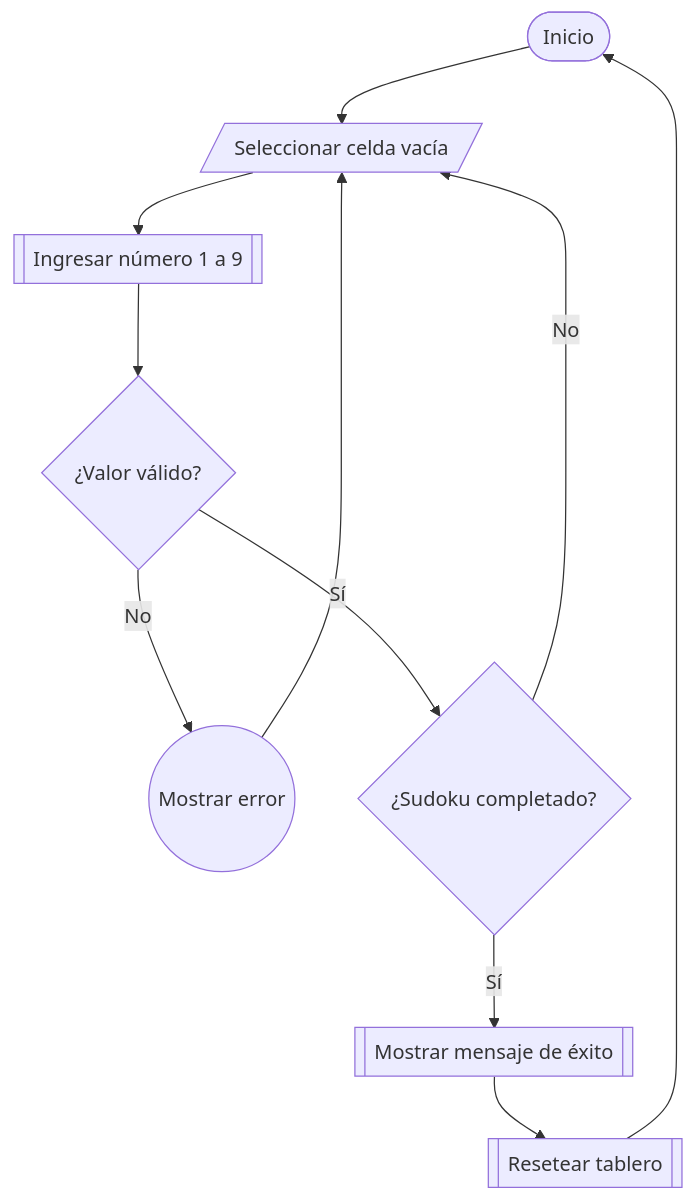
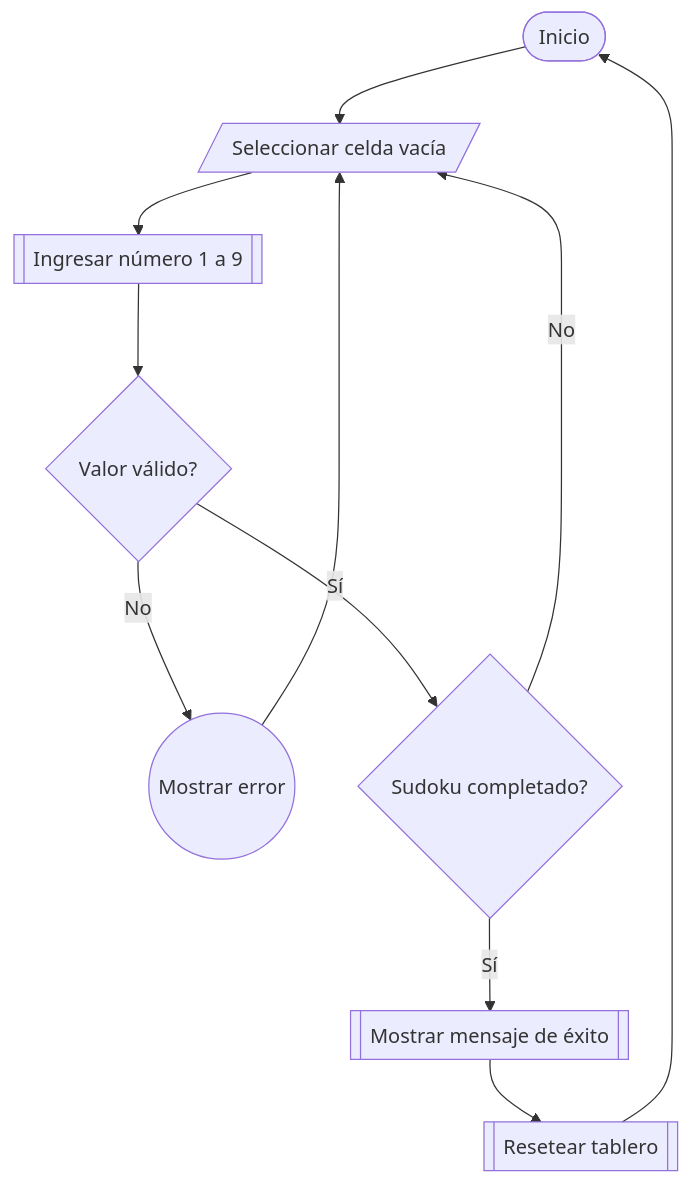
Before and after one commit to CodeMSV/Sudoku: the fourth of 4 diagrams in README.md, drawn with Mermaid. The commit also changed other lines of this file, not shown here.

Commit message:
update README.md to include system architecture and code documentation sections

````diff
--- a/README.md
+++ b/README.md
@@ -172,20 +172,20 @@
 ```mermaid
 flowchart TD
   Start([Inicio])
   SelectCell[/Seleccionar celda vacía/]
   InputValue[[Ingresar número 1 a 9]]
-  Validate{¿Valor válido?}
+  Validate{Valor válido?}
   ErrorInvalid((Mostrar error))
-  CheckComplete{¿Sudoku completado?}
+  CheckComplete{Sudoku completado?}
   Success[[Mostrar mensaje de éxito]]
   Reset[[Resetear tablero]]
 
   Start --> SelectCell
   SelectCell --> InputValue
   InputValue --> Validate
   Validate -- No --> ErrorInvalid --> SelectCell
   Validate -- Sí --> CheckComplete
   CheckComplete -- No --> SelectCell
   CheckComplete -- Sí --> Success --> Reset
   Reset --> Start
 ```
````
